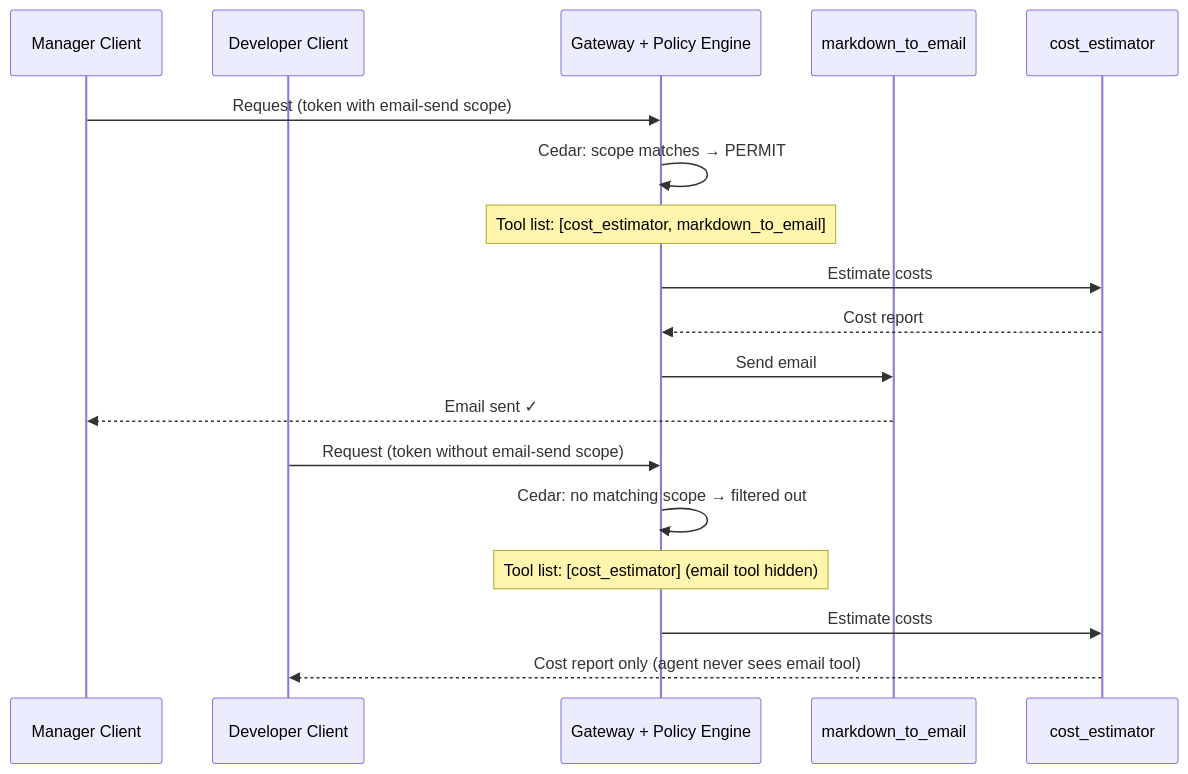
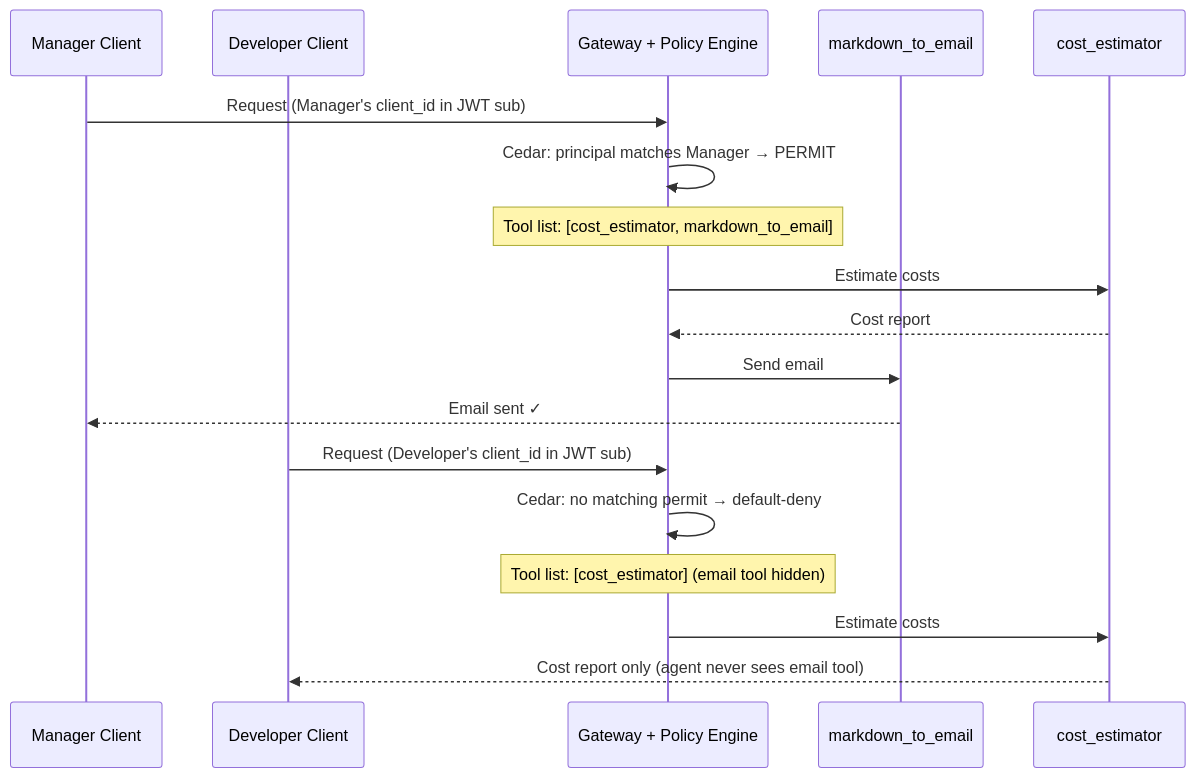
Before and after one commit to aws-samples/sample-amazon-bedrock-agentcore-onboarding: the diagram in 08_policy/README.md, drawn with Mermaid. The commit also changed other lines of this file and 5 other files, not shown here.

First line of the commit message:
Refine Cedar policy to use principal identity matching and improve tutorial UX

````diff
--- a/08_policy/README.md
+++ b/08_policy/README.md
@@ -104,22 +113,22 @@
 ```mermaid
 sequenceDiagram
     participant M as Manager Client
     participant D as Developer Client
     participant GW as Gateway + Policy Engine
     participant Tool as markdown_to_email
     participant CE as cost_estimator
 
-    M->>GW: Request (token with email-send scope)
-    GW->>GW: Cedar: scope matches → PERMIT
+    M->>GW: Request (Manager's client_id in JWT sub)
+    GW->>GW: Cedar: principal matches Manager → PERMIT
     Note over GW: Tool list: [cost_estimator, markdown_to_email]
     GW->>CE: Estimate costs
     CE-->>GW: Cost report
     GW->>Tool: Send email
     Tool-->>M: Email sent ✓
 
-    D->>GW: Request (token without email-send scope)
-    GW->>GW: Cedar: no matching scope → filtered out
+    D->>GW: Request (Developer's client_id in JWT sub)
+    GW->>GW: Cedar: no matching permit → default-deny
     Note over GW: Tool list: [cost_estimator] (email tool hidden)
     GW->>CE: Estimate costs
     CE-->>D: Cost report only (agent never sees email tool)
 ```
````
